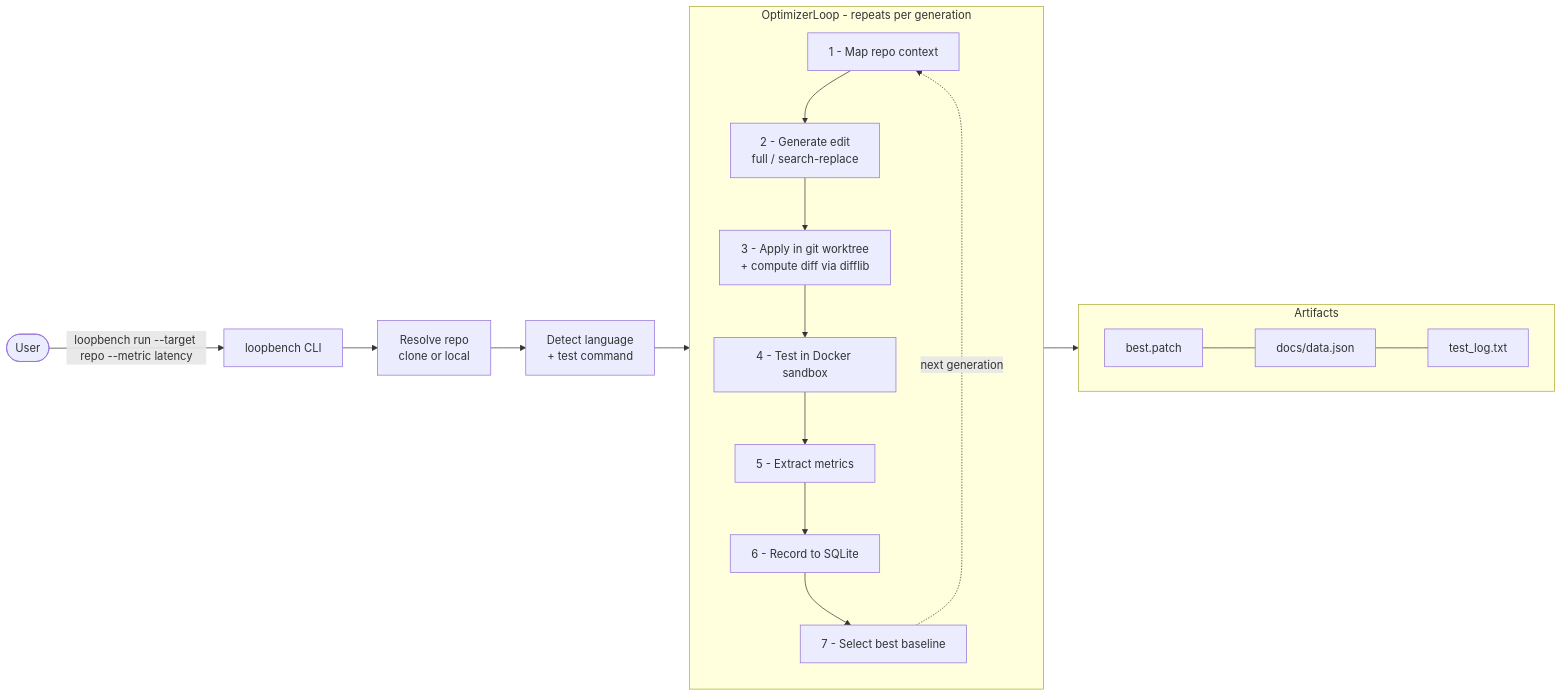
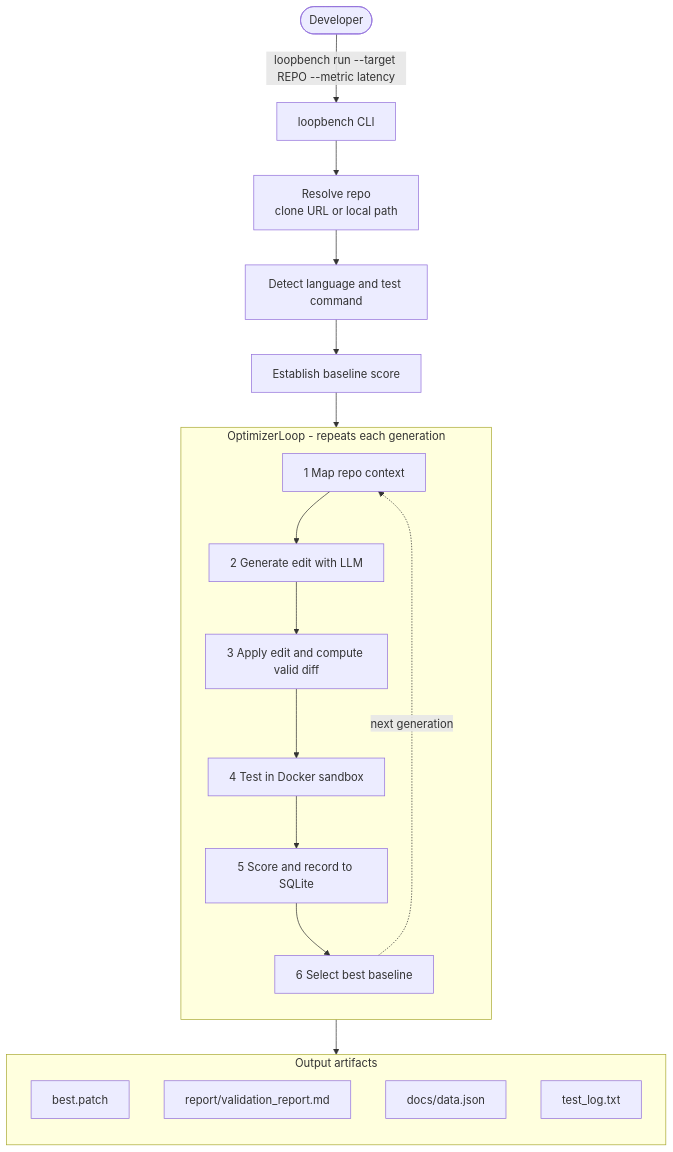
Before and after one commit to manashatwar/LoopBench-Optimizer: the first of 3 diagrams in README.md, drawn with Mermaid. The commit also changed other lines of this file, not shown here.

Commit message:
docs: clean architecture diagram with all 4 artifacts; drop editing-strategy flowchart

````diff
--- a/README.md
+++ b/README.md
@@ -20,24 +20,27 @@
 ```mermaid
-flowchart LR
-    U([User]) -->|"loopbench run --target repo --metric latency"| CLI[loopbench CLI]
-    CLI --> RM[Resolve repo<br/>clone or local]
-    RM --> DET[Detect language<br/>+ test command]
-    DET --> LOOP
+flowchart TB
+    U([Developer]) -->|"loopbench run --target REPO --metric latency"| CLI[loopbench CLI]
+    CLI --> RM[Resolve repo<br/>clone URL or local path]
+    RM --> DET[Detect language and test command]
+    DET --> BASE[Establish baseline score]
+    BASE --> MAP
 
-    subgraph LOOP [OptimizerLoop - repeats per generation]
+    subgraph LOOP [OptimizerLoop - repeats each generation]
       direction TB
-      MAP[1 - Map repo context] --> GEN[2 - Generate edit<br/>full / search-replace]
-      GEN --> APP[3 - Apply in git worktree<br/>+ compute diff via difflib]
-      APP --> TEST[4 - Test in Docker sandbox]
-      TEST --> EXT[5 - Extract metrics]
-      EXT --> REC[6 - Record to SQLite]
-      REC --> SEL[7 - Select best baseline]
-      SEL -.next generation.-> MAP
+      MAP[1 Map repo context] --> GEN[2 Generate edit with LLM]
+      GEN --> APP[3 Apply edit and compute valid diff]
+      APP --> TEST[4 Test in Docker sandbox]
+      TEST --> REC[5 Score and record to SQLite]
+      REC --> SEL[6 Select best baseline]
+      SEL -.->|next generation| MAP
     end
 
-    LOOP --> OUT
-    subgraph OUT [Artifacts]
-      direction LR
-      P[best.patch] --- D[docs/data.json] --- T[test_log.txt]
+    SEL --> OUT
+    subgraph OUT [Output artifacts]
+      direction TB
+      A1[best.patch]
+      A2[report/validation_report.md]
+      A3[docs/data.json]
+      A4[test_log.txt]
     end
 ```
````
